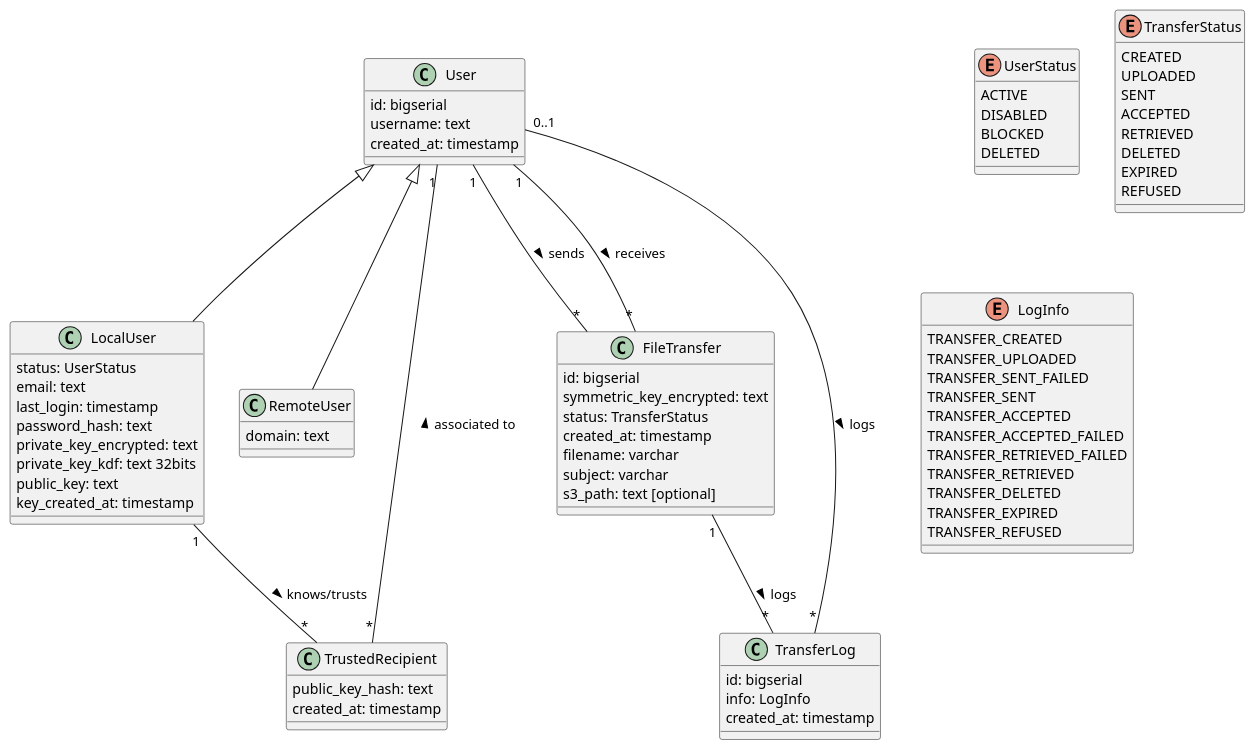
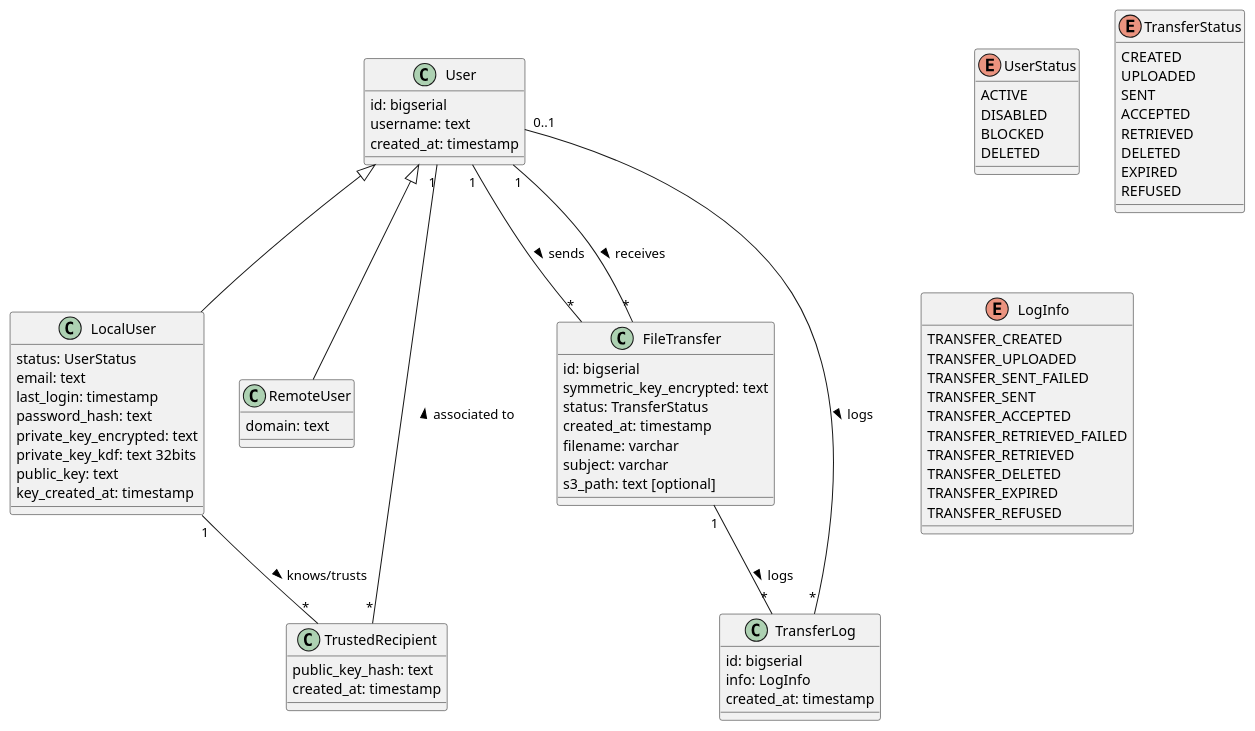
One commit to BananaTransfer/BananaTransfer changed the diagram in documents/umls/database_schema.puml. Above: the diagram before and after it, drawn with PlantUML. The commit also changed 2 other files, not shown here.

```diff
--- a/documents/umls/database_schema.puml
+++ b/documents/umls/database_schema.puml
@@ -1,89 +1,88 @@
 @startuml
 
 enum UserStatus {
     ACTIVE
     DISABLED
     BLOCKED
     DELETED
 }
 
 enum TransferStatus {
     CREATED
     UPLOADED
     SENT
     ACCEPTED
     RETRIEVED
     DELETED
     EXPIRED
     REFUSED
 }
 
 enum LogInfo {
     TRANSFER_CREATED
     TRANSFER_UPLOADED
     TRANSFER_SENT_FAILED
     TRANSFER_SENT
     TRANSFER_ACCEPTED
-    TRANSFER_ACCEPTED_FAILED
     TRANSFER_RETRIEVED_FAILED
     TRANSFER_RETRIEVED
     TRANSFER_DELETED
     TRANSFER_EXPIRED
     TRANSFER_REFUSED
 }
 
 class User {
     id: bigserial
     username: text
     created_at: timestamp
 }
 
 class LocalUser {
     status: UserStatus
     email: text
     last_login: timestamp
     password_hash: text
     private_key_encrypted: text
     private_key_kdf: text 32bits
     public_key: text
     key_created_at: timestamp
 }
 
 class RemoteUser {
     domain: text
 }
 
 class FileTransfer {
     id: bigserial
     symmetric_key_encrypted: text
     status: TransferStatus
     created_at: timestamp
     filename: varchar
     subject: varchar
     s3_path: text [optional]
 }
 
 class TrustedRecipient {
     public_key_hash: text
     created_at: timestamp
 }
 
 class TransferLog {
     id: bigserial
     info: LogInfo
     created_at: timestamp
 }
 
 LocalUser -up-|> User
 RemoteUser -up-|> User
 
 User "1" -- "*" FileTransfer: sends >
 User "1" -- "*" FileTransfer: receives >
 
 LocalUser "1" -- "*" TrustedRecipient: knows/trusts >
 TrustedRecipient "*" -- "1" User: associated to >
 
 User "0..1" -- "*" TransferLog: logs >
 FileTransfer "1" -- "*" TransferLog: logs >
 
 @enduml
```
